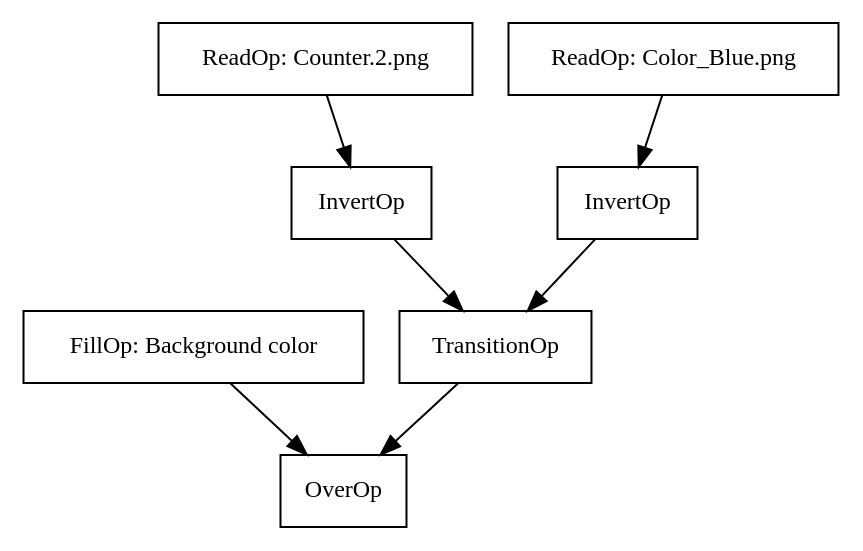
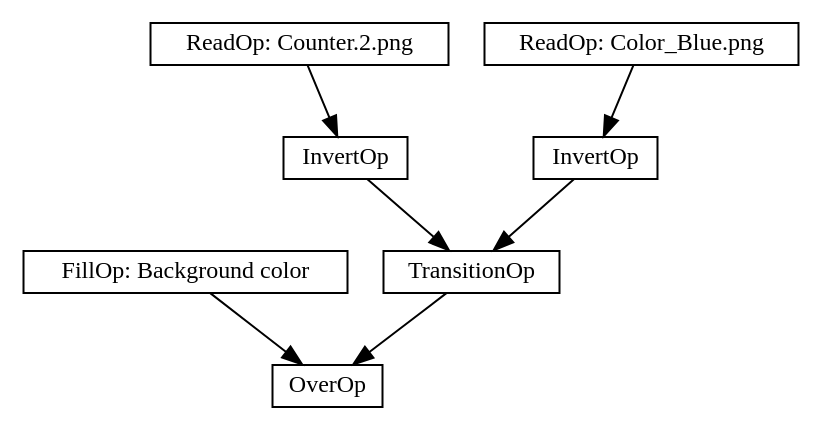
One commit to darbyjohnston/toucan changed the diagram in images/Transition2Graph.dot. Above: the diagram before and after it, drawn with Graphviz. The commit also changed 3 other files, not shown here.

```diff
--- a/images/Transition2Graph.dot
+++ b/images/Transition2Graph.dot
@@ -1,15 +1,15 @@
 digraph CompositeTracks {
-    FillOp [shape=box, label="FillOp: Background color", fontsize=12]
-    ReadOp [shape=box, label="ReadOp: Counter.2.png", fontsize=12]
-    ReadOp2 [shape=box, label="ReadOp: Color_Blue.png", fontsize=12]
-    InvertOp [shape=box, label="InvertOp", fontsize=12]
-    InvertOp2 [shape=box, label="InvertOp", fontsize=12]
-    TransitionOp [shape=box, label="TransitionOp", fontsize=12]
-    OverOp [shape=box, label="OverOp", fontsize=12]
+    FillOp [shape=box, label="FillOp: Background color", fontsize=12, margin=0.05, width=0, height=0]
+    ReadOp [shape=box, label="ReadOp: Counter.2.png", fontsize=12, margin=0.05, width=0, height=0]
+    ReadOp2 [shape=box, label="ReadOp: Color_Blue.png", fontsize=12, margin=0.05, width=0, height=0]
+    InvertOp [shape=box, label="InvertOp", fontsize=12, margin=0.05, width=0, height=0]
+    InvertOp2 [shape=box, label="InvertOp", fontsize=12, margin=0.05, width=0, height=0]
+    TransitionOp [shape=box, label="TransitionOp", fontsize=12, margin=0.05, width=0, height=0]
+    OverOp [shape=box, label="OverOp", fontsize=12, margin=0.05, width=0, height=0]
     FillOp -> OverOp;
     ReadOp -> InvertOp;
     InvertOp -> TransitionOp;
     ReadOp2 -> InvertOp2;
     InvertOp2 -> TransitionOp;
     TransitionOp -> OverOp;
 }
```
